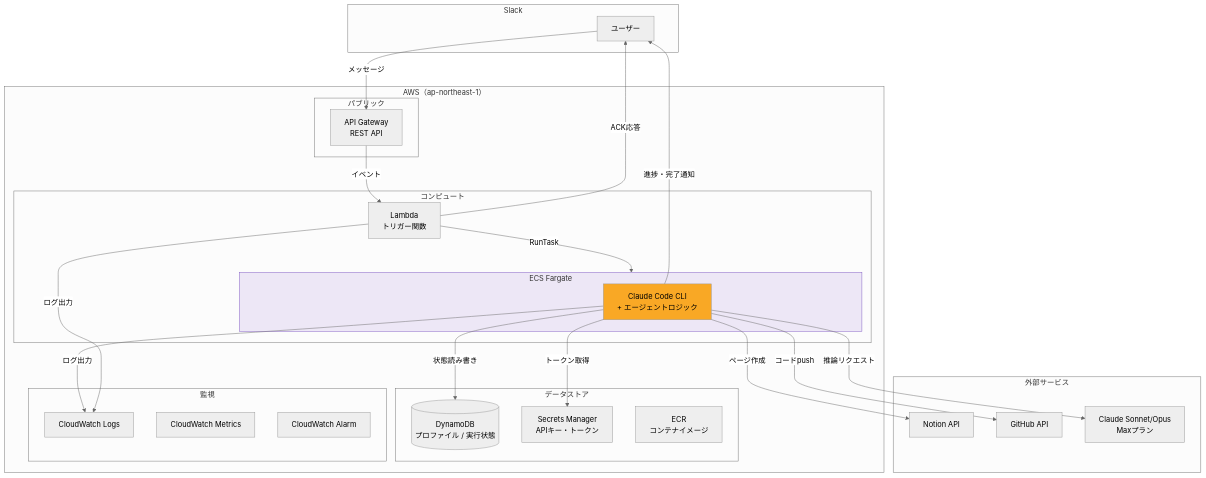
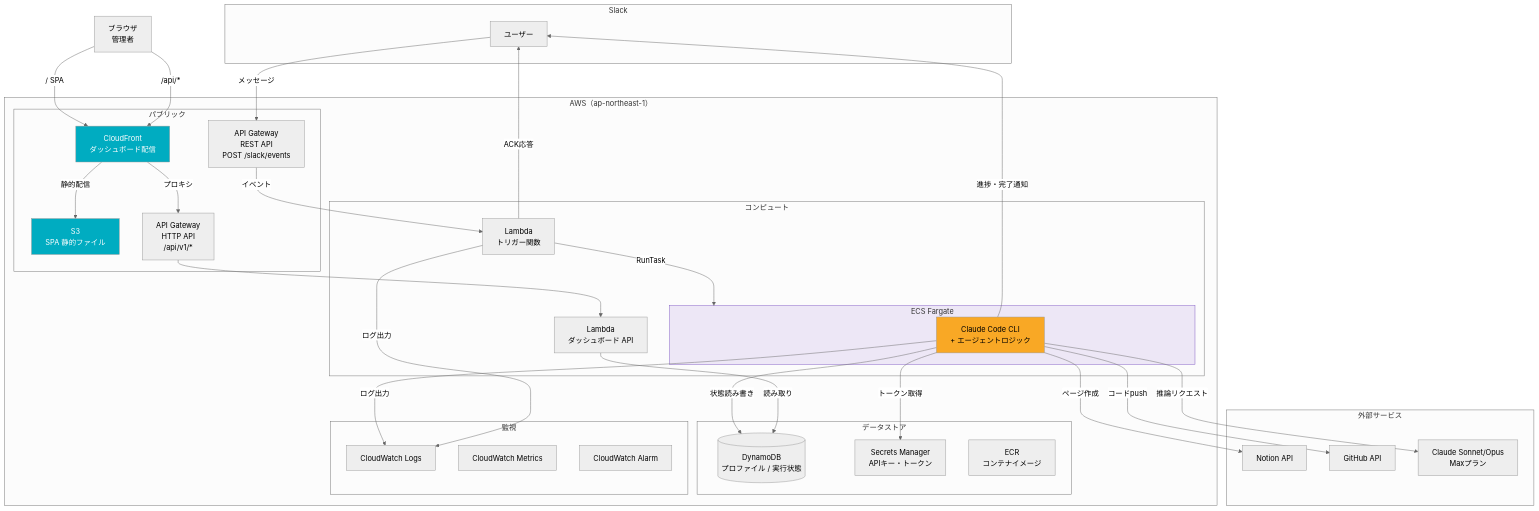
The diagram in docs/architecture.md (Shintaro-Abe/catch-expander-code), drawn with Mermaid (neutral theme) before and after one commit. The commit also changed other lines of this file and 2 other files, not shown here.

Commit message:
docs: update architecture/functional-design/repo-structure for frontend (T2-15)

````diff
--- a/docs/architecture.md
+++ b/docs/architecture.md
@@ -49,53 +63,68 @@
 ```mermaid
 graph TB
     subgraph Slack
         User[ユーザー]
     end
 
+    Browser[ブラウザ<br/>管理者]
+
     subgraph AWS["AWS（ap-northeast-1）"]
         subgraph Public["パブリック"]
-            APIGW[API Gateway<br/>REST API]
+            APIGW[API Gateway<br/>REST API<br/>POST /slack/events]
+            CF[CloudFront<br/>ダッシュボード配信]
+            S3[S3<br/>SPA 静的ファイル]
+            DashAPI[API Gateway<br/>HTTP API<br/>/api/v1/*]
         end
 
         subgraph Compute["コンピュート"]
             Lambda[Lambda<br/>トリガー関数]
+            DashLambda[Lambda<br/>ダッシュボード API]
             subgraph ECS["ECS Fargate"]
                 Container[Claude Code CLI<br/>+ エージェントロジック]
             end
         end
 
         subgraph Storage["データストア"]
             DynamoDB[(DynamoDB<br/>プロファイル / 実行状態)]
             Secrets[Secrets Manager<br/>APIキー・トークン]
             ECR[ECR<br/>コンテナイメージ]
         end
 
         subgraph Monitoring["監視"]
             CWLogs[CloudWatch Logs]
             CWMetrics[CloudWatch Metrics]
             CWAlarm[CloudWatch Alarm]
         end
     end
 
     subgraph External["外部サービス"]
         NotionAPI[Notion API]
         GitHubAPI[GitHub API]
         ClaudeAPI[Claude Sonnet/Opus<br/>Maxプラン]
     end
 
     User -->|メッセージ| APIGW
     APIGW -->|イベント| Lambda
     Lambda -->|RunTask| ECS
     Lambda -->|ACK応答| User
     Container -->|状態読み書き| DynamoDB
     Container -->|トークン取得| Secrets
     Container -->|進捗・完了通知| User
     Container -->|ページ作成| NotionAPI
     Container -->|コードpush| GitHubAPI
     Container -->|推論リクエスト| ClaudeAPI
     Container -->|ログ出力| CWLogs
     Lambda -->|ログ出力| CWLogs
 
+    Browser -->|/ SPA| CF
+    CF -->|静的配信| S3
+    Browser -->|/api/*| CF
+    CF -->|プロキシ| DashAPI
+    DashAPI --> DashLambda
+    DashLambda -->|読み取り| DynamoDB
+
     style ECS fill:#ede7f6,stroke:#7e57c2
     style Container fill:#f9a825,color:#000
+    style CF fill:#00acc1,color:#fff
+    style S3 fill:#00acc1,color:#fff
 ```
````
